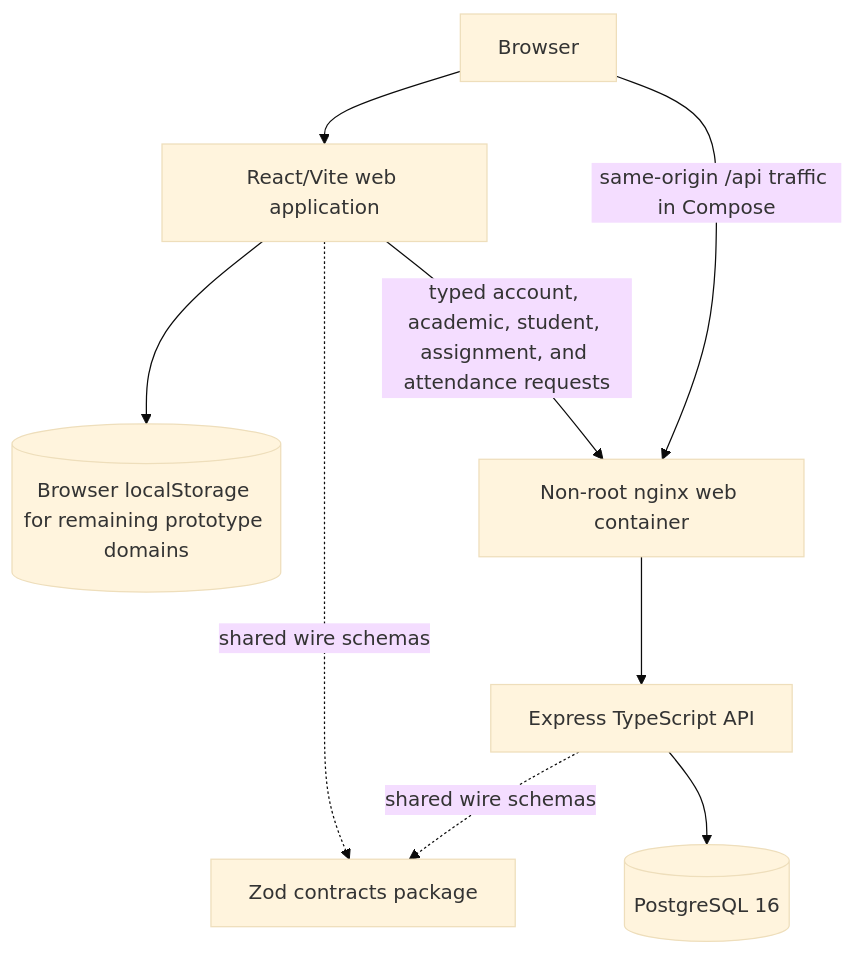
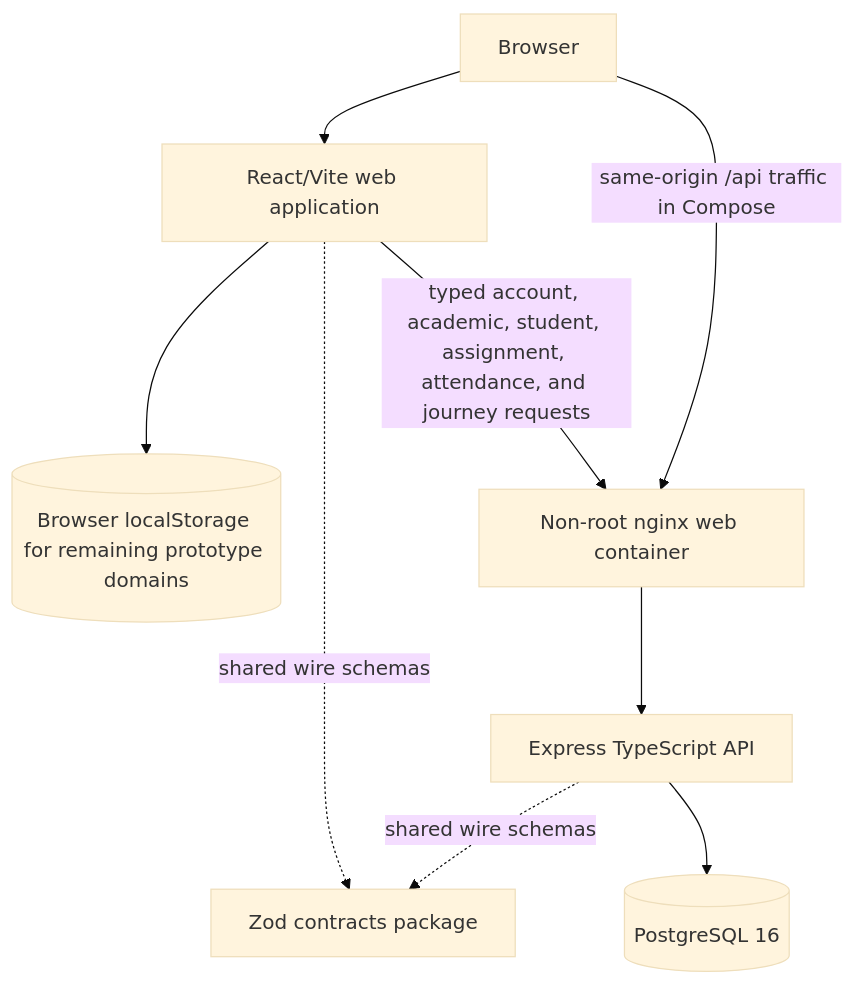
Before and after one commit to MWS-MAD-Labs/MWS-Learnspace: the diagram in README.md, drawn with Mermaid (base theme). The commit also changed other lines of this file and 28 other files, not shown here.

````diff
--- a/README.md
+++ b/README.md
@@ -33,11 +33,11 @@
 ```mermaid
 flowchart TB
     Browser[Browser] --> Web[React/Vite web application]
     Web --> LocalStorage[(Browser localStorage for remaining prototype domains)]
-    Web -->|typed account, academic, student, assignment, and attendance requests| Proxy
+    Web -->|typed account, academic, student, assignment, attendance, and journey requests| Proxy
     Browser -->|same-origin /api traffic in Compose| Proxy[Non-root nginx web container]
     Proxy --> API[Express TypeScript API]
     API --> DB[(PostgreSQL 16)]
     Web -. shared wire schemas .-> Contracts[Zod contracts package]
     API -. shared wire schemas .-> Contracts
 ```
````
